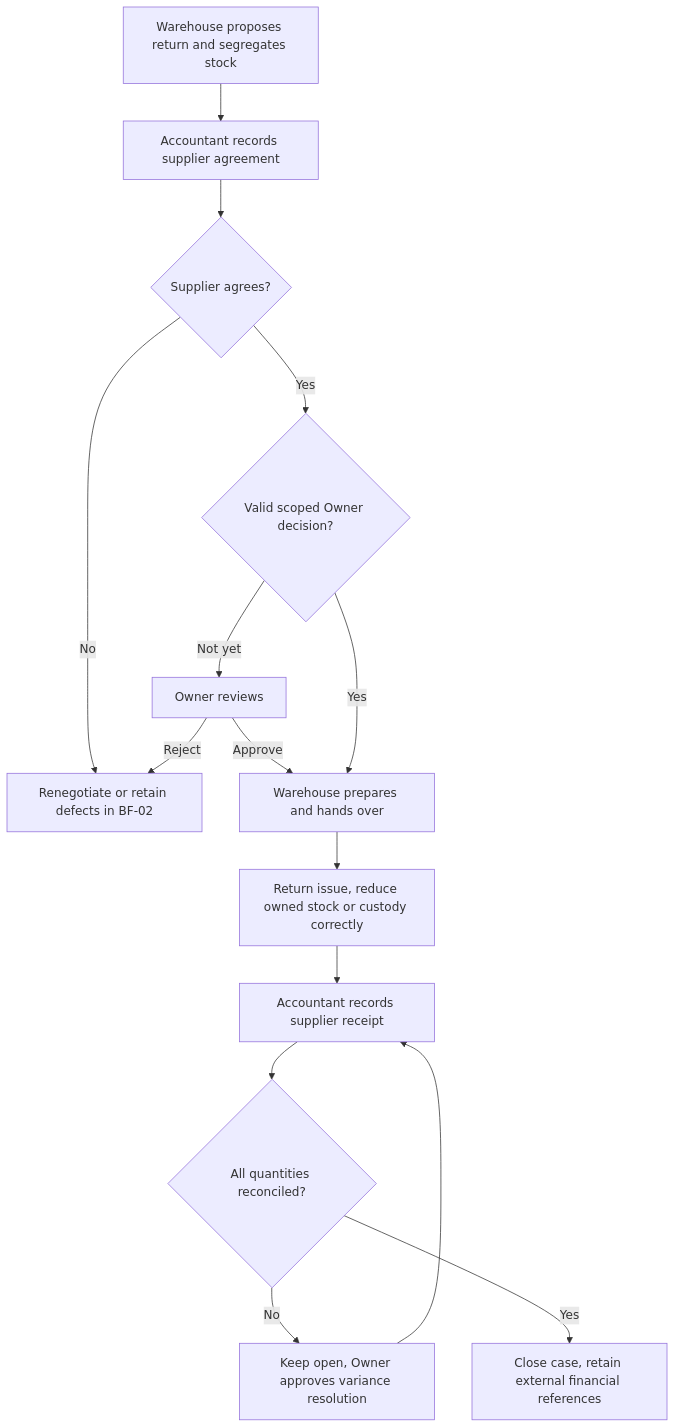
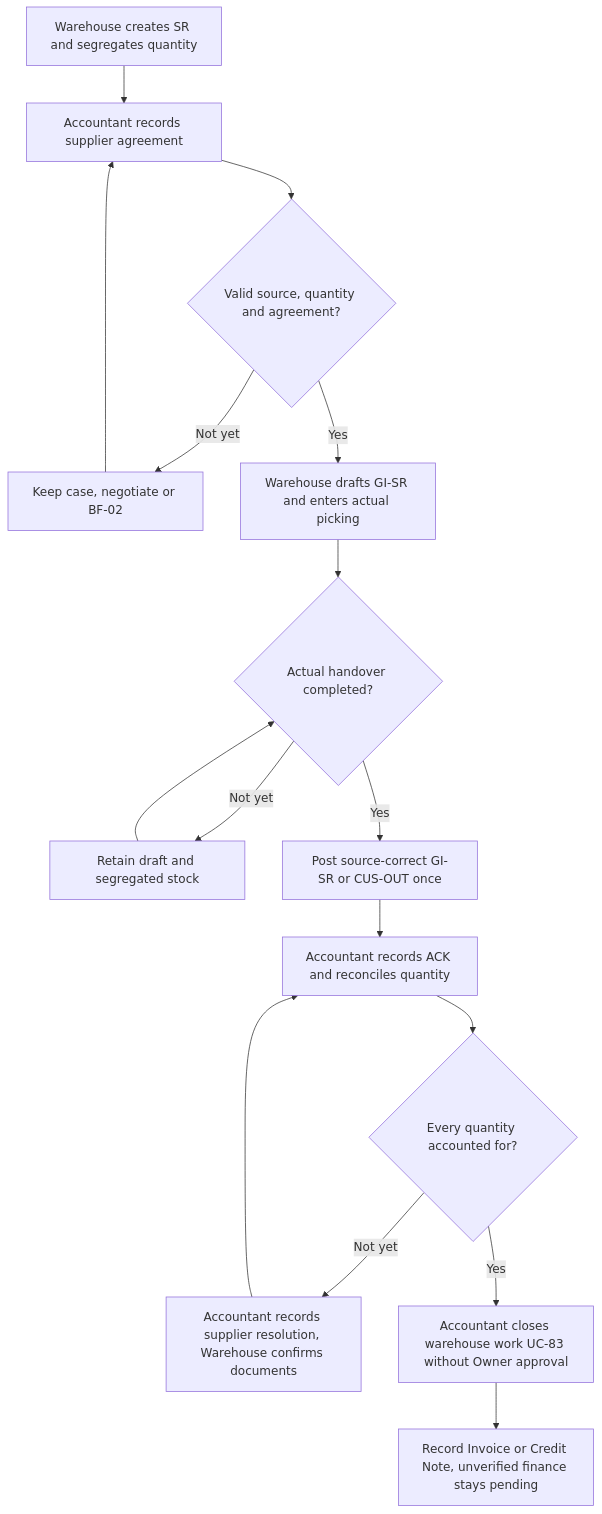
Before and after one commit to minhbach032003/docs_doan: the ninth of 9 diagrams in docs/02_nghiep_vu/de_xuat_quy_trinh_2_EN.md, drawn with Mermaid. The commit also changed other lines of this file and 3 other files, not shown here.

````diff
--- a/docs/02_nghiep_vu/de_xuat_quy_trinh_2_EN.md
+++ b/docs/02_nghiep_vu/de_xuat_quy_trinh_2_EN.md
@@ -808,17 +853,18 @@
 ```mermaid
 flowchart TD
- A[Warehouse proposes return and segregates stock] --> B[Accountant records supplier agreement]
- B --> C{Supplier agrees?}
- C -->|No| D[Renegotiate or retain defects in BF-02]
- C -->|Yes| E{Valid scoped Owner decision?}
- E -->|Not yet| F[Owner reviews]
- F -->|Approve| G[Warehouse prepares and hands over]
- F -->|Reject| D
- E -->|Yes| G
- G --> H[Return issue, reduce owned stock or custody correctly]
- H --> I[Accountant records supplier receipt]
- I --> J{All quantities reconciled?}
- J -->|No| K[Keep open, Owner approves variance resolution]
- K --> I
- J -->|Yes| L[Close case, retain external financial references]
+ A[Warehouse creates SR and segregates quantity] --> B[Accountant records supplier agreement]
+ B --> C{Valid source, quantity and agreement?}
+ C -->|Not yet| D[Keep case, negotiate or BF-02]
+ D --> B
+ C -->|Yes| G[Warehouse drafts GI-SR and enters actual picking]
+ G --> H{Actual handover completed?}
+ H -->|Not yet| W[Retain draft and segregated stock]
+ W --> H
+ H -->|Yes| I[Post source-correct GI-SR or CUS-OUT once]
+ I --> J[Accountant records ACK and reconciles quantity]
+ J --> K{Every quantity accounted for?}
+ K -->|Not yet| M[Accountant records supplier resolution, Warehouse confirms documents]
+ M --> J
+ K -->|Yes| L[Accountant closes warehouse work UC-83 without Owner approval]
+ L --> N[Record Invoice or Credit Note, unverified finance stays pending]
 ```
````
